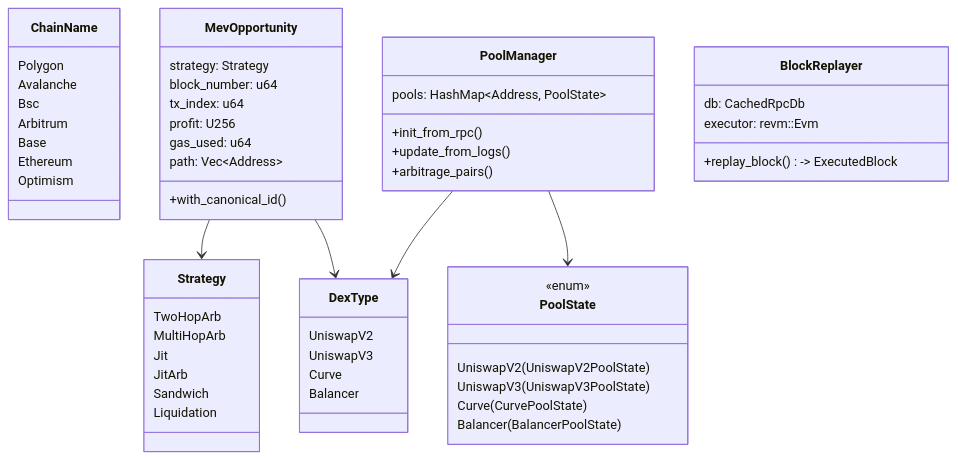
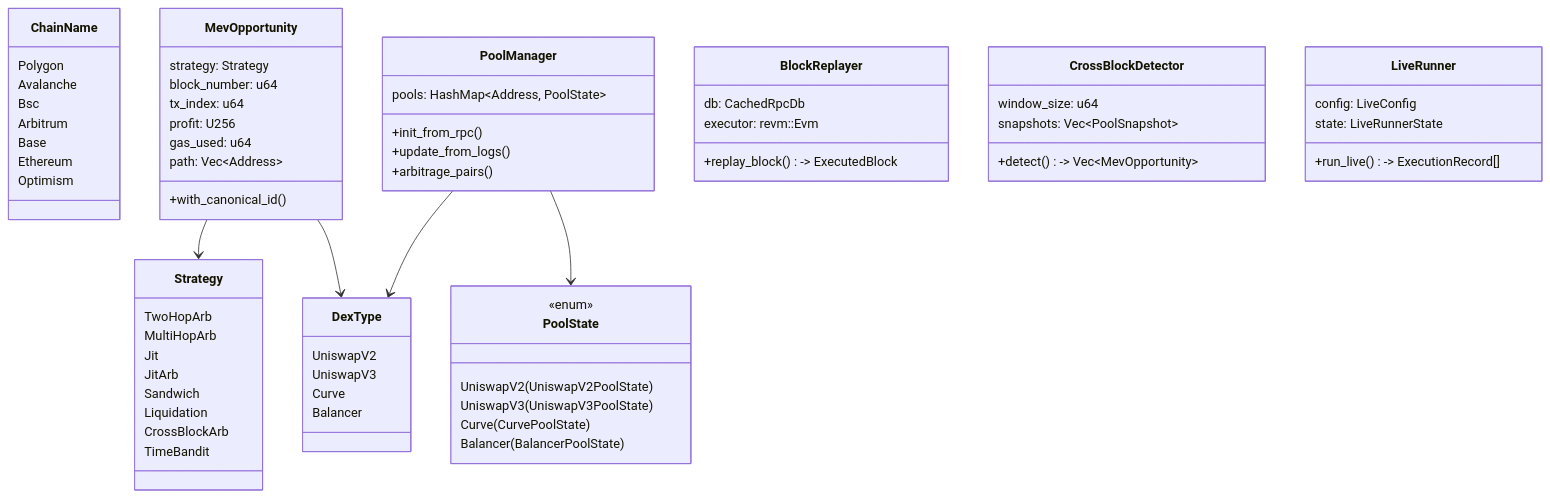
One commit to moha-moradi/mev-scout changed the fifth of 7 diagrams in ARCHITECTURE.md. Above: the diagram before and after it, drawn with Mermaid. The commit also changed other lines of this file and 2 other files, not shown here.

````diff
--- a/ARCHITECTURE.md
+++ b/ARCHITECTURE.md
@@ -230,64 +340,78 @@
 ```mermaid
 classDiagram
     class ChainName {
         Polygon
         Avalanche
         Bsc
         Arbitrum
         Base
         Ethereum
         Optimism
     }
 
     class Strategy {
         TwoHopArb
         MultiHopArb
         Jit
         JitArb
         Sandwich
         Liquidation
+        CrossBlockArb
+        TimeBandit
     }
 
     class DexType {
         UniswapV2
         UniswapV3
         Curve
         Balancer
     }
 
     class PoolState {
         <<enum>>
         UniswapV2(UniswapV2PoolState)
         UniswapV3(UniswapV3PoolState)
         Curve(CurvePoolState)
         Balancer(BalancerPoolState)
     }
 
     class MevOpportunity {
         strategy: Strategy
         block_number: u64
         tx_index: u64
         profit: U256
         gas_used: u64
         path: Vec~Address~
         +with_canonical_id()
     }
 
     class PoolManager {
         pools: HashMap~Address, PoolState~
         +init_from_rpc()
         +update_from_logs()
         +arbitrage_pairs()
     }
 
     class BlockReplayer {
         db: CachedRpcDb
         executor: revm::Evm
         +replay_block() -> ExecutedBlock
     }
 
+    class CrossBlockDetector {
+        window_size: u64
+        snapshots: Vec~PoolSnapshot~
+        +detect() -> Vec~MevOpportunity~
+    }
+
+    class LiveRunner {
+        config: LiveConfig
+        state: LiveRunnerState
+        +run_live() -> ExecutionRecord[]
+    }
+
     PoolManager --> PoolState
     PoolManager --> DexType
     MevOpportunity --> Strategy
     MevOpportunity --> DexType
 ```
````
